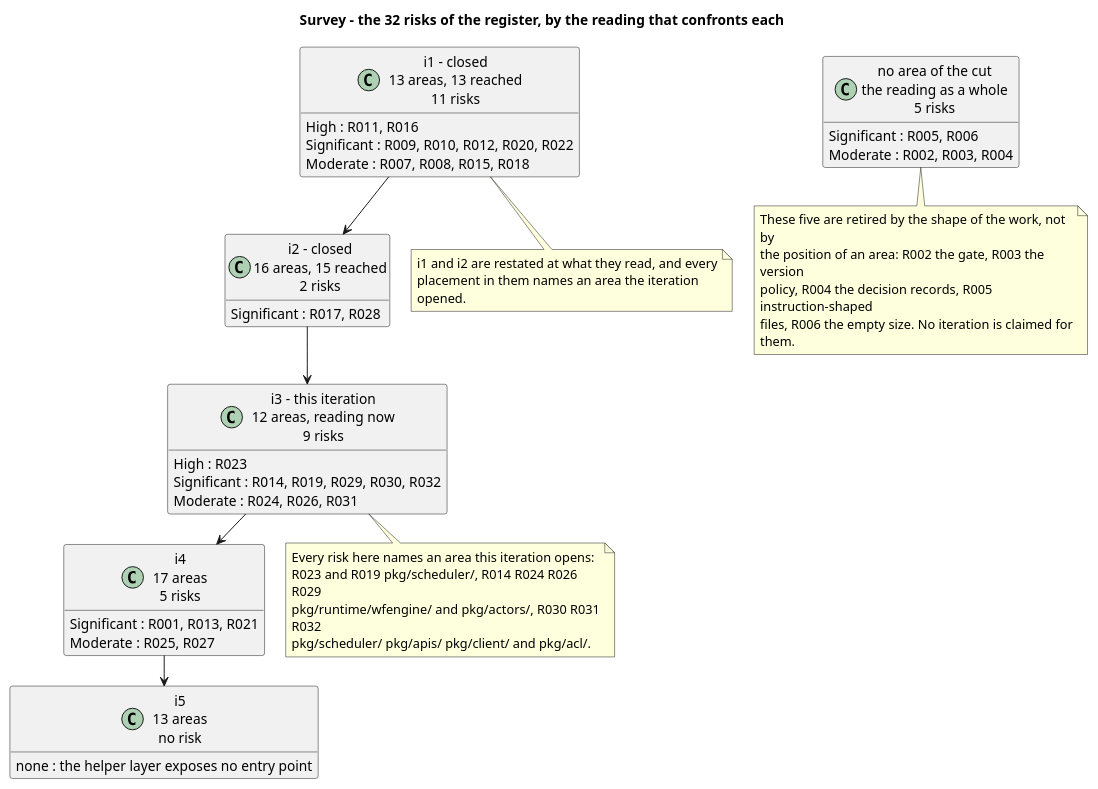
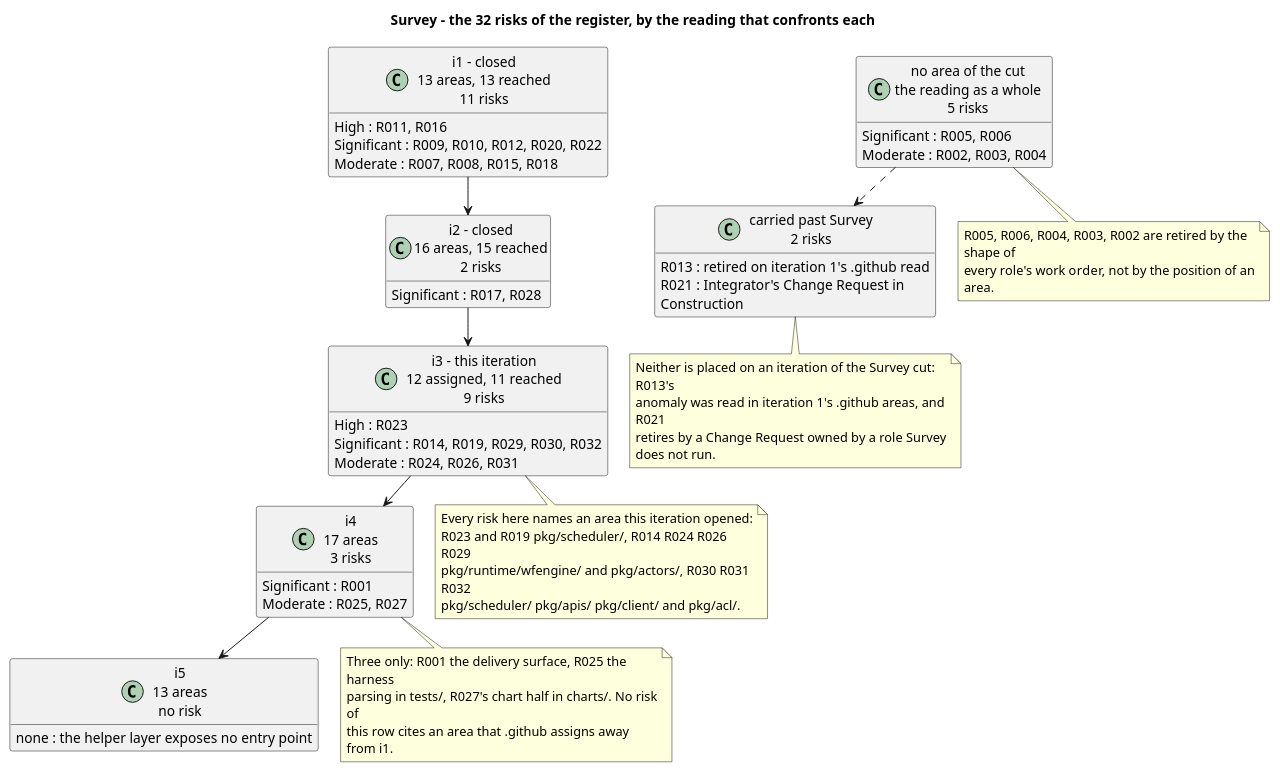
The third of 3 diagrams in docs/artifacts/project-management/iteration-plan.md (banense-test/dapr), drawn with PlantUML before and after one commit. The commit also changed other lines of this file, not shown here.

First line of the commit message:
Project Manager [Survey3]: upsert Iteration Plan

````diff
--- a/docs/artifacts/project-management/iteration-plan.md
+++ b/docs/artifacts/project-management/iteration-plan.md
@@ -169,62 +171,72 @@
 ```plantuml
 @startuml
 title Survey - the 32 risks of the register, by the reading that confronts each
 hide empty members
 skinparam classAttributeIconSize 0
 skinparam wrapWidth 320
 skinparam nodesep 22
 skinparam ranksep 30
 
 class "i1 - closed\n13 areas, 13 reached\n11 risks" as I1 {
   High : R011, R016
   Significant : R009, R010, R012, R020, R022
   Moderate : R007, R008, R015, R018
 }
 
 class "i2 - closed\n16 areas, 15 reached\n2 risks" as I2 {
   Significant : R017, R028
 }
 
-class "i3 - this iteration\n12 areas, reading now\n9 risks" as I3 {
+class "i3 - this iteration\n12 assigned, 11 reached\n9 risks" as I3 {
   High : R023
   Significant : R014, R019, R029, R030, R032
   Moderate : R024, R026, R031
 }
 
-class "i4\n17 areas\n5 risks" as I4 {
-  Significant : R001, R013, R021
+class "i4\n17 areas\n3 risks" as I4 {
+  Significant : R001
   Moderate : R025, R027
 }
 
 class "i5\n13 areas\nno risk" as I5 {
   none : the helper layer exposes no entry point
 }
 
 class "no area of the cut\nthe reading as a whole\n5 risks" as W {
   Significant : R005, R006
   Moderate : R002, R003, R004
 }
 
+class "carried past Survey\n2 risks" as C {
+  R013 : retired on iteration 1's .github read
+  R021 : Integrator's Change Request in Construction
+}
+
 I1 --> I2
 I2 --> I3
 I3 --> I4
 I4 --> I5
+W ..> C
 
 note bottom of I3
-  Every risk here names an area this iteration opens:
+  Every risk here names an area this iteration opened:
   R023 and R019 pkg/scheduler/, R014 R024 R026 R029
   pkg/runtime/wfengine/ and pkg/actors/, R030 R031 R032
   pkg/scheduler/ pkg/apis/ pkg/client/ and pkg/acl/.
 end note
+note bottom of I4
+  Three only: R001 the delivery surface, R025 the harness
+  parsing in tests/, R027's chart half in charts/. No risk of
+  this row cites an area that .github assigns away from i1.
+end note
 note bottom of W
-  These five are retired by the shape of the work, not by
-  the position of an area: R002 the gate, R003 the version
-  policy, R004 the decision records, R005 instruction-shaped
-  files, R006 the empty size. No iteration is claimed for them.
+  R005, R006, R004, R003, R002 are retired by the shape of
+  every role's work order, not by the position of an area.
 end note
-note bottom of I1
-  i1 and i2 are restated at what they read, and every
-  placement in them names an area the iteration opened.
+note bottom of C
+  Neither is placed on an iteration of the Survey cut: R013's
+  anomaly was read in iteration 1's .github areas, and R021
+  retires by a Change Request owned by a role Survey does not run.
 end note
 @enduml
 ```
````
